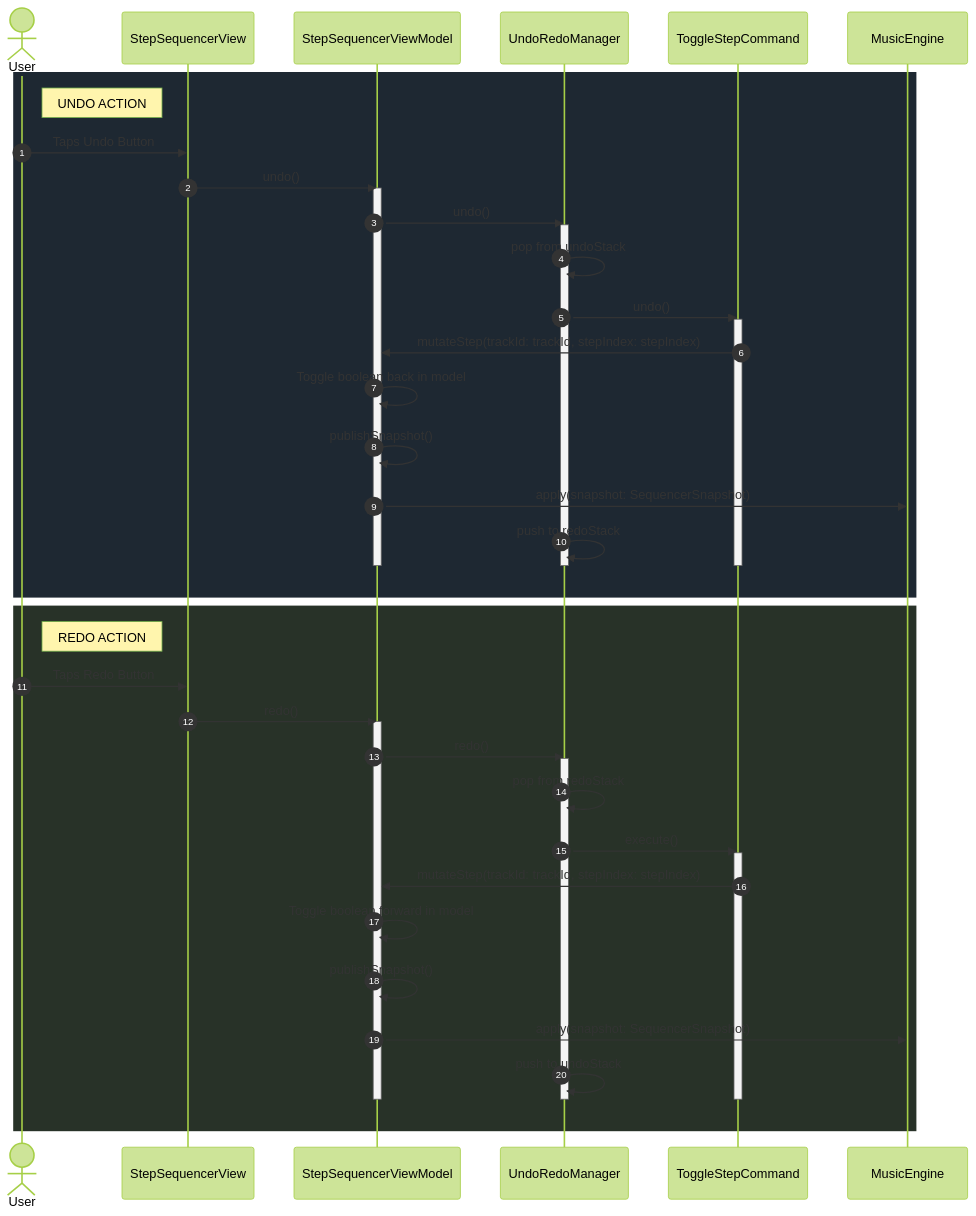
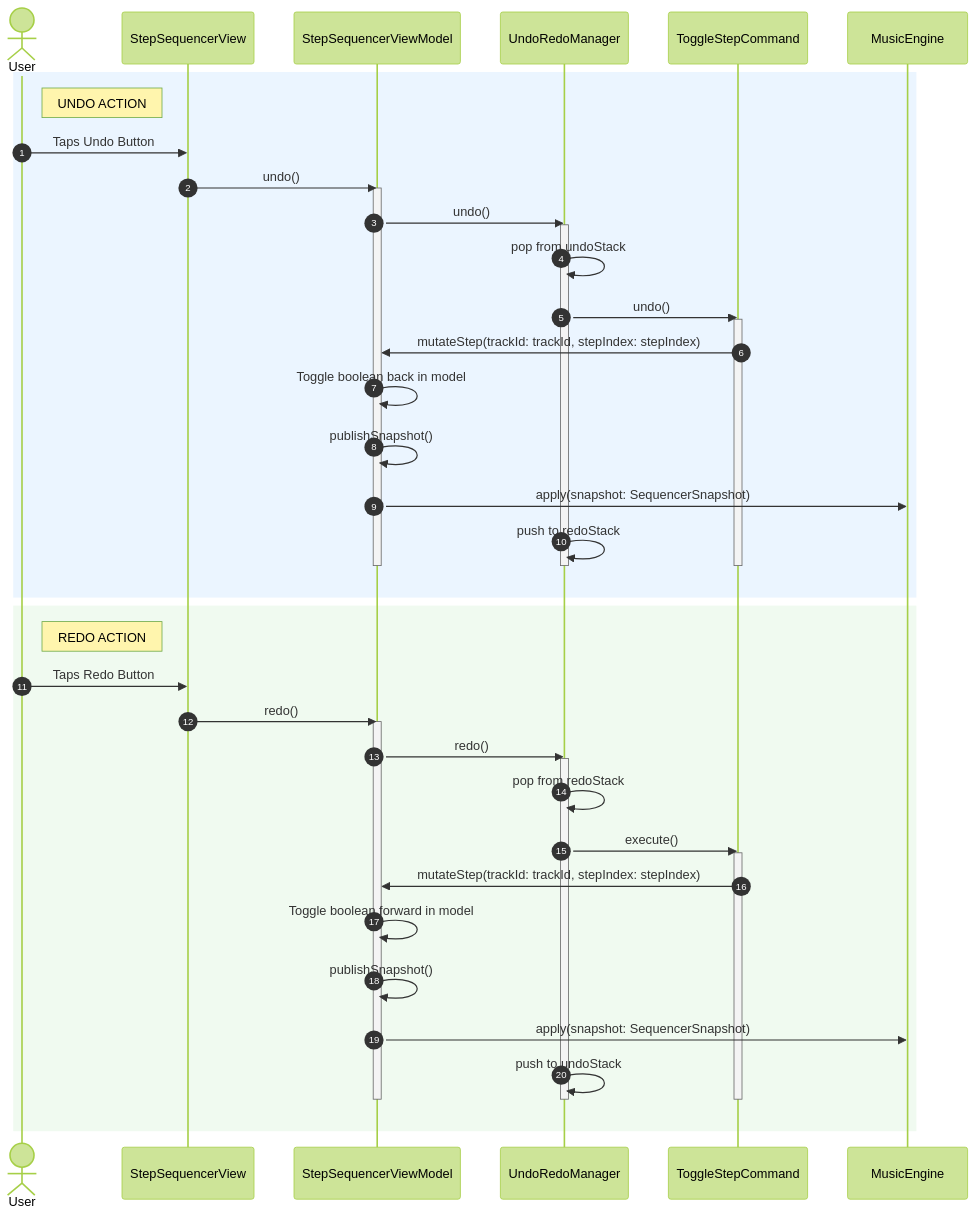
The diagram in docs/sequence diagrams/StepSequencer/toggling_step_undo_redo.mmd (cs3217-2526/group-project-metrojuicepaak), drawn with Mermaid (forest theme) before and after one commit. The commit also changed 19 other files, not shown here.

Commit message:
Add a warming for tempo limit and update sequence diagrams for step sequencer

```diff
--- a/docs/sequence diagrams/StepSequencer/toggling_step_undo_redo.mmd
+++ b/docs/sequence diagrams/StepSequencer/toggling_step_undo_redo.mmd
@@ -1,54 +1,54 @@
 sequenceDiagram
     autonumber
     actor User
     participant View as StepSequencerView
     participant VM as StepSequencerViewModel
     participant URM as UndoRedoManager
     participant Cmd as ToggleStepCommand
     participant Engine as MusicEngine
 
-    rect rgb(30, 40, 50)
+    rect rgb(235, 245, 255)
         note right of User: UNDO ACTION
         User->>View: Taps Undo Button
         View->>VM: undo()
         activate VM
         VM->>URM: undo()
         activate URM
         
         URM->>URM: pop from undoStack
         URM->>Cmd: undo()
         activate Cmd
         Cmd->>VM: mutateStep(trackId: trackId, stepIndex: stepIndex)
         
         VM->>VM: Toggle boolean back in model
         VM->>VM: publishSnapshot()
         VM->>Engine: apply(snapshot: SequencerSnapshot)
         
         URM->>URM: push to redoStack
         deactivate Cmd
         deactivate URM
         deactivate VM
     end
     
-    rect rgb(40, 50, 40)
+    rect rgb(240, 250, 240)
         note right of User: REDO ACTION
         User->>View: Taps Redo Button
         View->>VM: redo()
         activate VM
         VM->>URM: redo()
         activate URM
         
         URM->>URM: pop from redoStack
         URM->>Cmd: execute()
         activate Cmd
         Cmd->>VM: mutateStep(trackId: trackId, stepIndex: stepIndex)
         
         VM->>VM: Toggle boolean forward in model
         VM->>VM: publishSnapshot()
         VM->>Engine: apply(snapshot: SequencerSnapshot)
         
         URM->>URM: push to undoStack
         deactivate Cmd
         deactivate URM
         deactivate VM
     end
```
